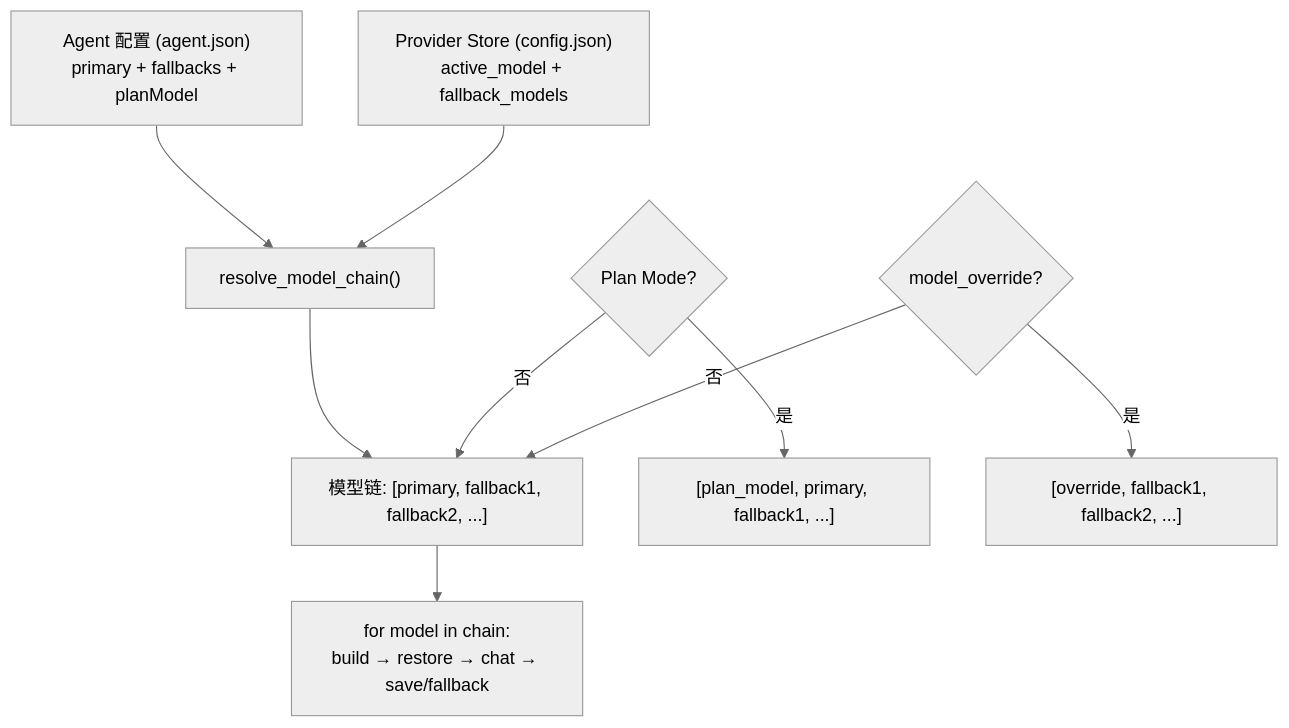
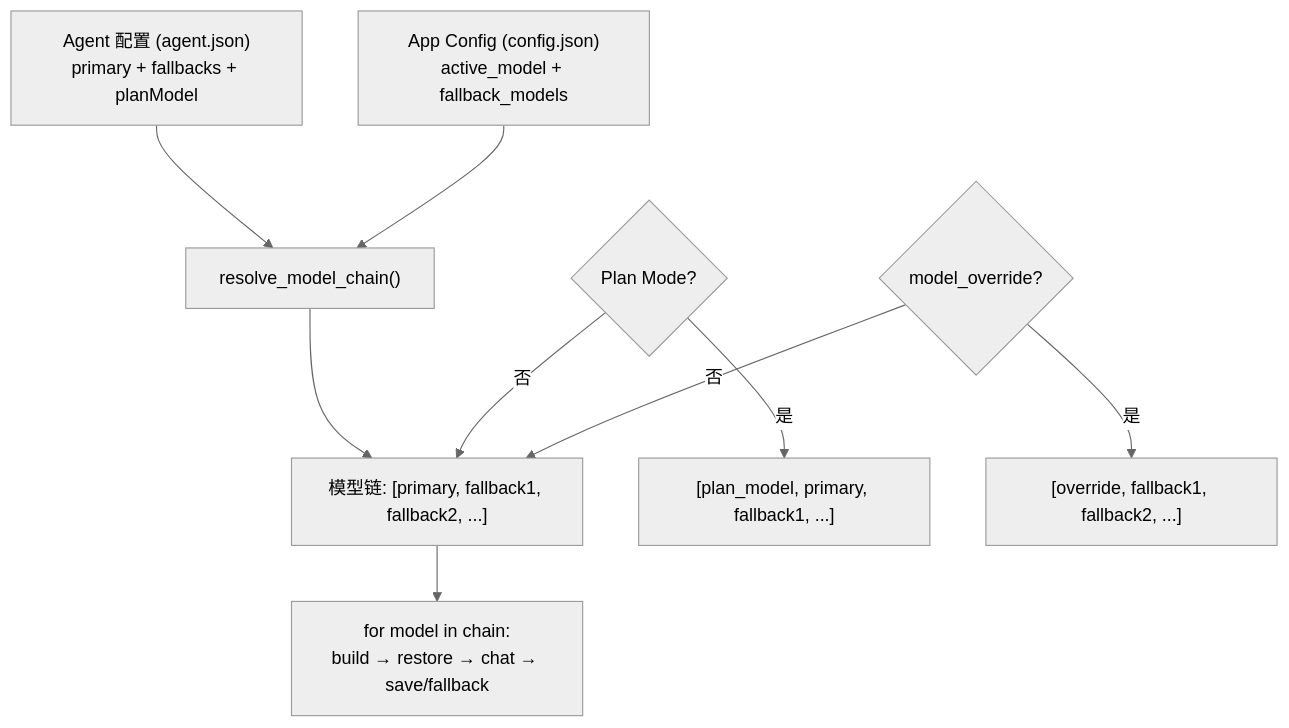
Before and after one commit to shiwenwen/hope-agent: the ninth of 17 diagrams in docs/architecture/provider-system.md, drawn with Mermaid (neutral theme). The commit also changed other lines of this file and 79 other files, not shown here.

First line of the commit message:
refactor: ProviderStore → AppConfig + 搬家到 crate::config

````diff
--- a/docs/architecture/provider-system.md
+++ b/docs/architecture/provider-system.md
@@ -445,15 +445,15 @@
 ```mermaid
 flowchart TD
   AGENT["Agent 配置 (agent.json)<br/>primary + fallbacks + planModel"]
-  STORE["Provider Store (config.json)<br/>active_model + fallback_models"]
+  STORE["App Config (config.json)<br/>active_model + fallback_models"]
 
   AGENT & STORE --> RESOLVE["resolve_model_chain()"]
   RESOLVE --> CHAIN["模型链: [primary, fallback1, fallback2, ...]"]
 
   PLAN{"Plan Mode?"} -->|"是"| PLANCHAIN["[plan_model, primary, fallback1, ...]"]
   PLAN -->|"否"| CHAIN
   OVERRIDE{"model_override?"} -->|"是"| OVERCHAIN["[override, fallback1, fallback2, ...]"]
   OVERRIDE -->|"否"| CHAIN
 
   CHAIN --> ITERATE["for model in chain:<br/>build → restore → chat → save/fallback"]
 ```
````
